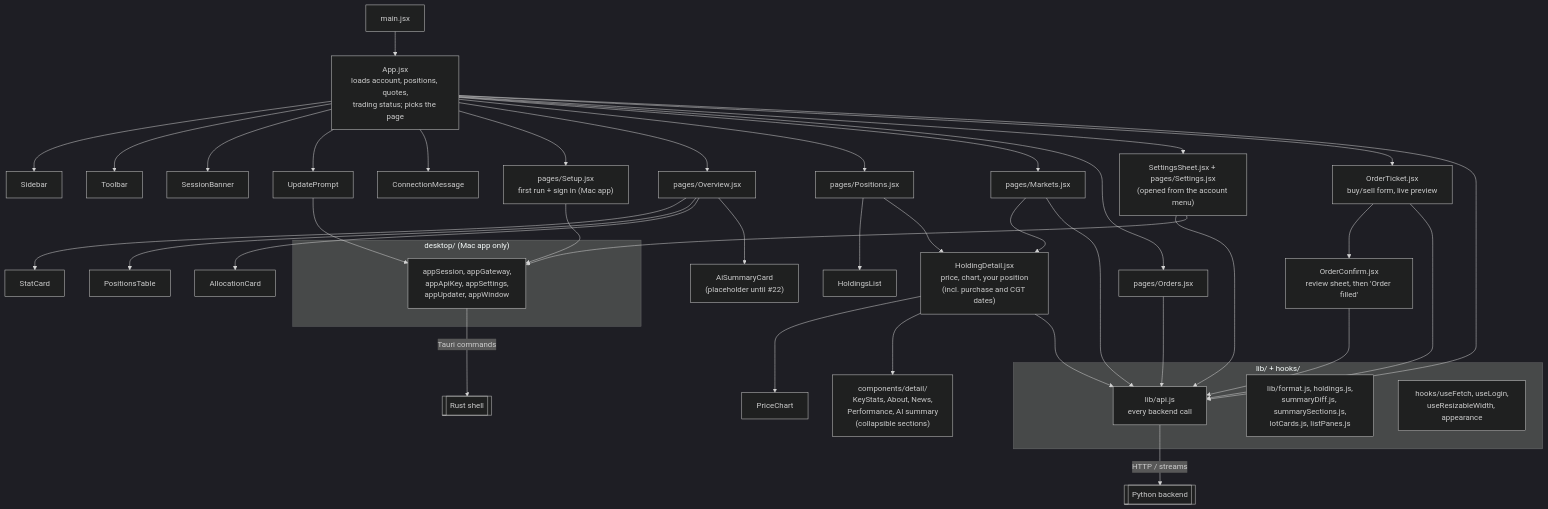
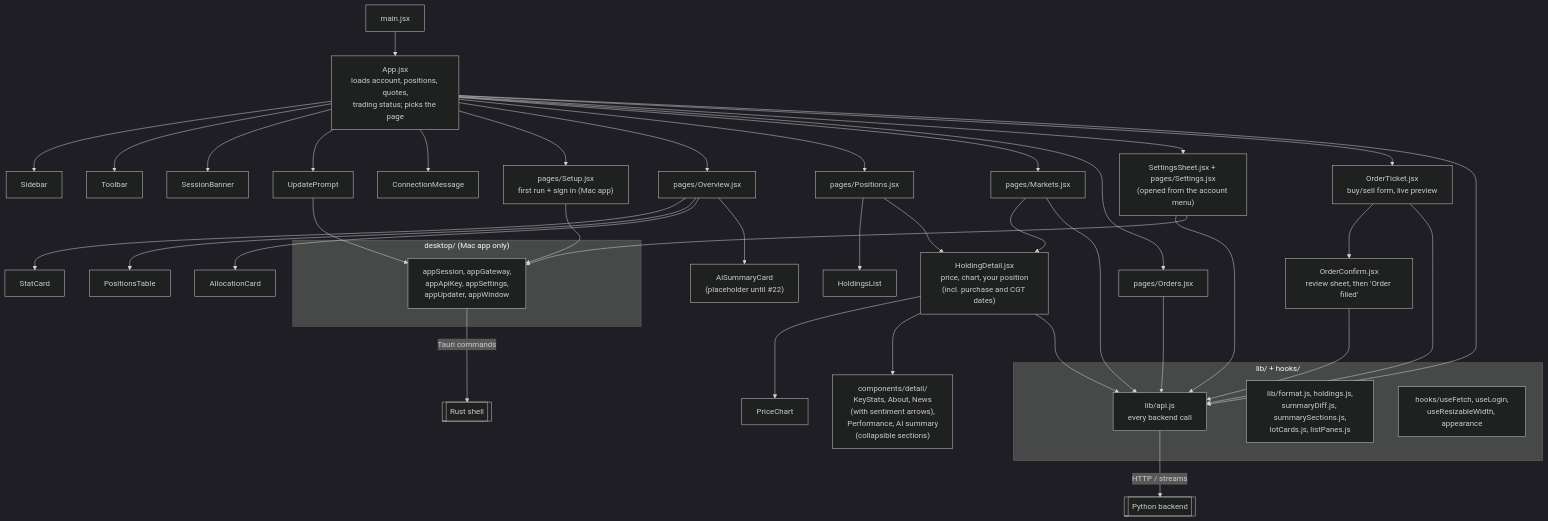
One commit to Indomie-glitch/ibkr-portfolio-manager changed the fifth of 11 diagrams in docs/architecture.md. Above: the diagram before and after it, drawn with Mermaid (dark theme). The commit also changed 4 other files, not shown here.

Commit message:
feat: sentiment arrows on news items

````diff
--- a/docs/architecture.md
+++ b/docs/architecture.md
@@ -169,35 +169,35 @@
 ```mermaid
 flowchart TB
     main["main.jsx"] --> App["App.jsx<br/>loads account, positions, quotes,<br/>trading status; picks the page"]
 
     App --> Sidebar & Toolbar & SessionBanner & UpdatePrompt & ConnectionMessage
     App --> Setup["pages/Setup.jsx<br/>first run + sign in (Mac app)"]
     App --> Overview["pages/Overview.jsx"]
     App --> Positions["pages/Positions.jsx"]
     App --> Markets["pages/Markets.jsx"]
     App --> Orders["pages/Orders.jsx"]
     App --> Settings["SettingsSheet.jsx + pages/Settings.jsx<br/>(opened from the account menu)"]
     App --> Ticket["OrderTicket.jsx<br/>buy/sell form, live preview"] --> Confirm["OrderConfirm.jsx<br/>review sheet, then 'Order filled'"]
 
     Overview --> StatCard & PositionsTable & AllocationCard & AiSummaryCard["AiSummaryCard<br/>(placeholder until #22)"]
     Positions --> HoldingsList & HoldingDetail
     Markets --> HoldingDetail
 
     HoldingDetail["HoldingDetail.jsx<br/>price, chart, your position<br/>(incl. purchase and CGT dates)"] --> PriceChart
-    HoldingDetail --> detail["components/detail/<br/>KeyStats, About, News,<br/>Performance, AI summary<br/>(collapsible sections)"]
+    HoldingDetail --> detail["components/detail/<br/>KeyStats, About, News<br/>(with sentiment arrows),<br/>Performance, AI summary<br/>(collapsible sections)"]
 
     subgraph lib["lib/ + hooks/"]
         api["lib/api.js<br/>every backend call"]
         helpers["lib/format.js, holdings.js,<br/>summaryDiff.js, summarySections.js,<br/>lotCards.js, listPanes.js"]
         hooks["hooks/useFetch, useLogin,<br/>useResizableWidth, appearance"]
     end
 
     subgraph desktop["desktop/ (Mac app only)"]
         tauri["appSession, appGateway,<br/>appApiKey, appSettings,<br/>appUpdater, appWindow"]
     end
 
     App & Markets & Orders & HoldingDetail & Ticket & Confirm & Settings --> api
     api -->|"HTTP / streams"| BE[["Python backend"]]
     Setup & Settings & UpdatePrompt --> tauri
     tauri -->|Tauri commands| RS[["Rust shell"]]
 ```
````
